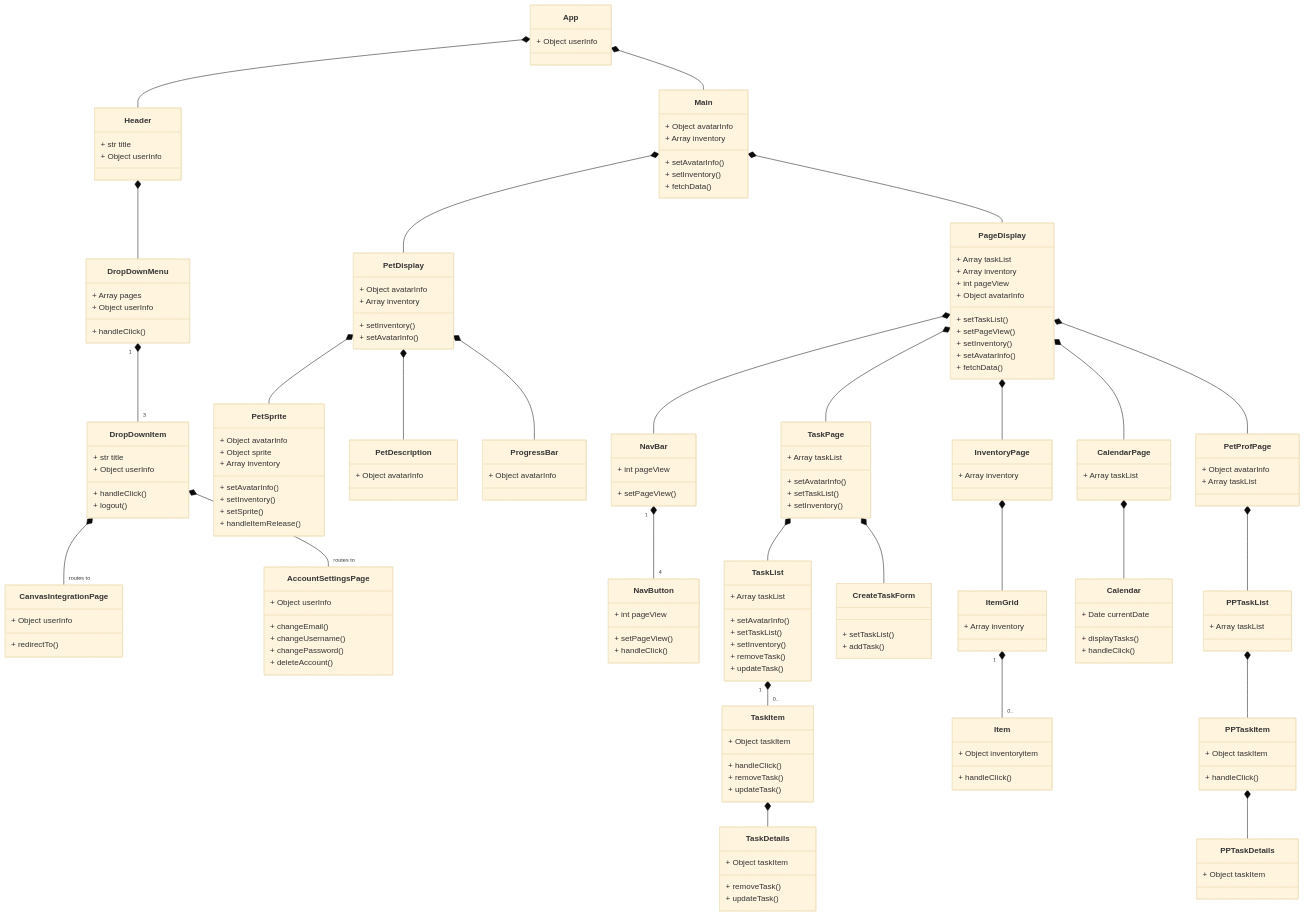
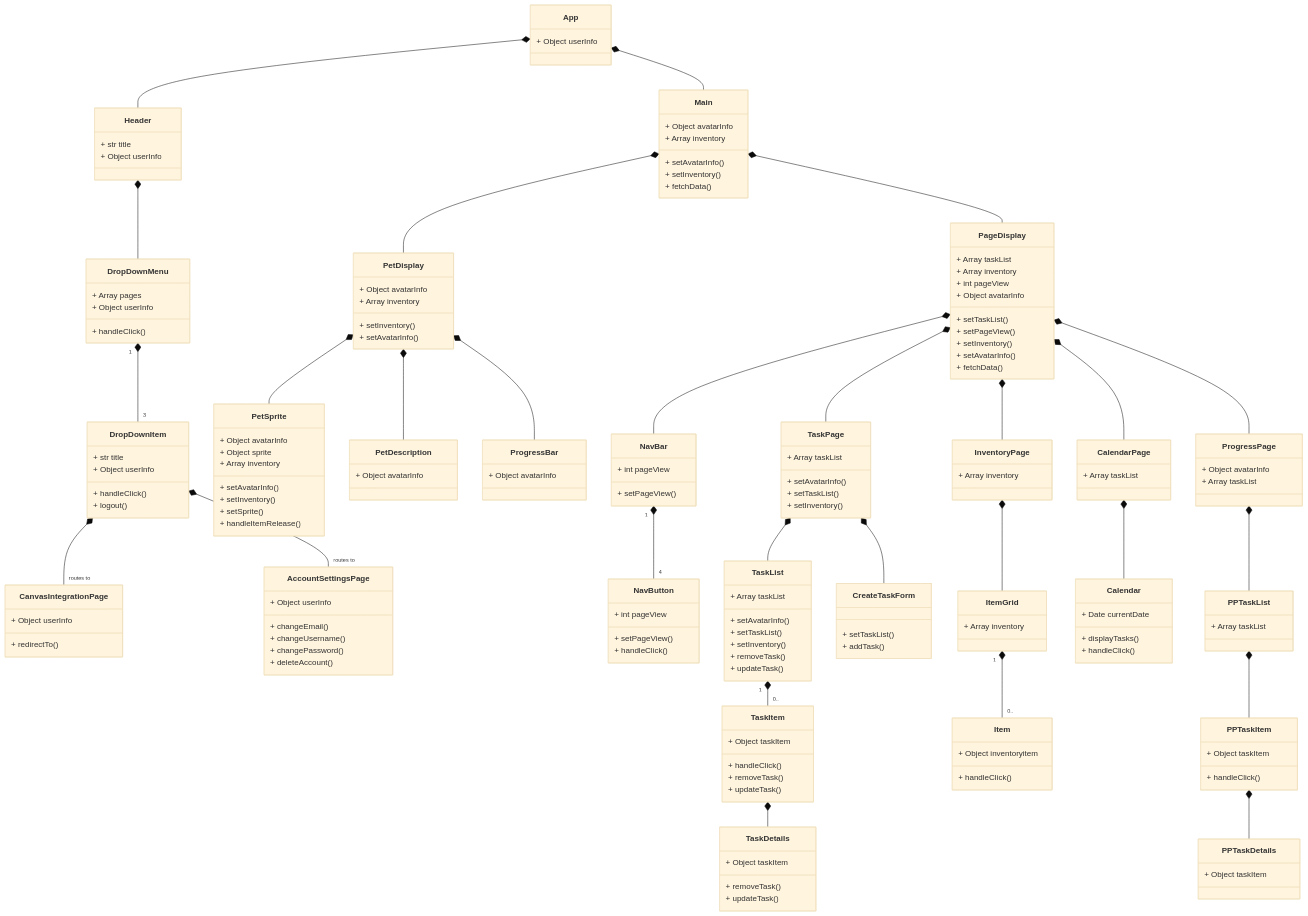
One commit to Capstone-Projects-2023-Spring/project-virtual-pet changed the first of 5 diagrams in documentation/docs/system-architecture/class-diagrams.md. Above: the diagram before and after it, drawn with Mermaid (base theme). The commit also changed other lines of this file and 1 other file, not shown here.

Commit message:
class doc and class diagram updates

```diff
--- a/documentation/docs/system-architecture/class-diagrams.md
+++ b/documentation/docs/system-architecture/class-diagrams.md
@@ -34,7 +34,7 @@
     PageDisplay *-- TaskPage
     PageDisplay *-- CalendarPage
     PageDisplay *-- InventoryPage
-    PageDisplay *-- PetProfPage
+    PageDisplay *-- ProgressPage
 
     NavBar "1" *-- "4" NavButton
 
@@ -49,7 +49,7 @@
 
     CalendarPage *-- Calendar
 
-    PetProfPage *-- PPTaskList
+    ProgressPage *-- PPTaskList
     PPTaskList *-- PPTaskItem
     PPTaskItem *-- PPTaskDetails
 
@@ -205,7 +205,7 @@
         + handleClick()
     }
 
-    class PetProfPage {
+    class ProgressPage {
         + Object avatarInfo
         + Array taskList 
     }
```
